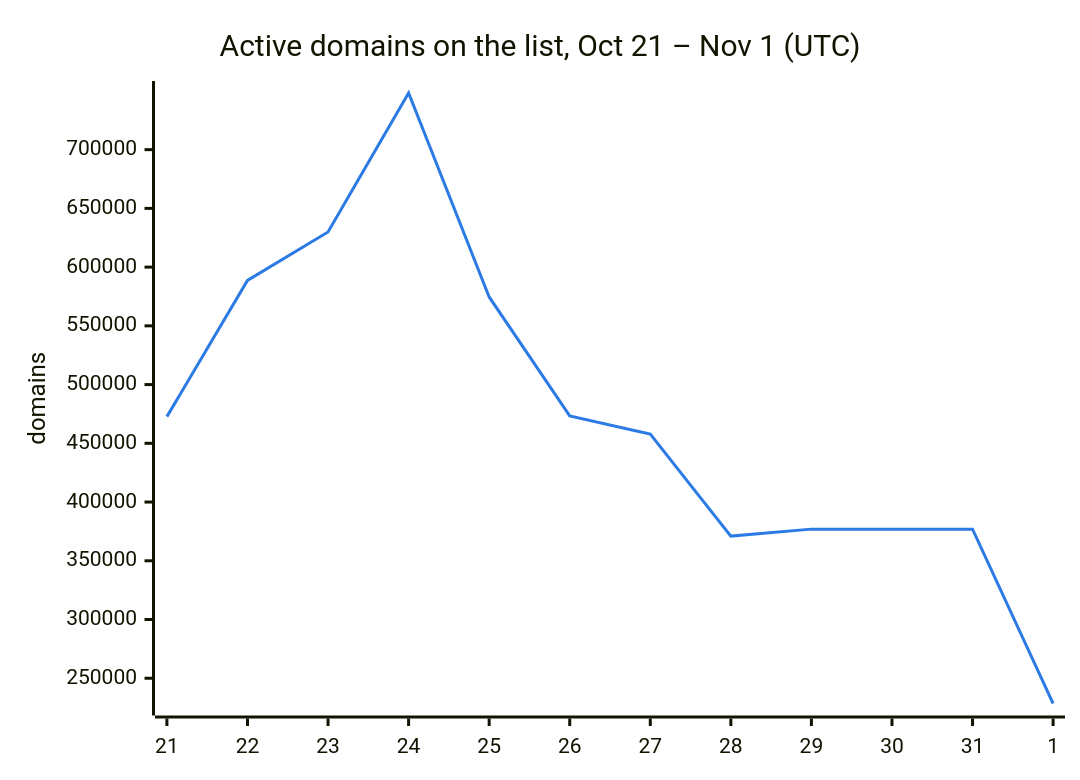
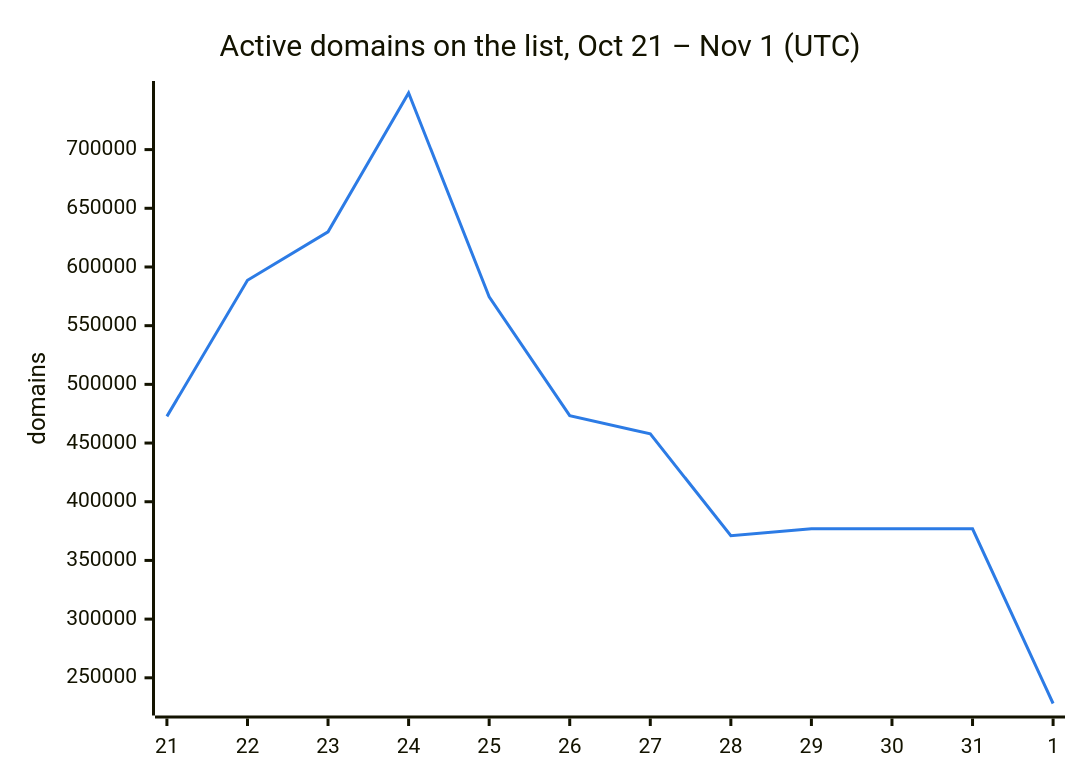
Before and after one commit to DNSBunker/CTI: the second of 3 diagrams in README.md, drawn with Mermaid. The commit also changed other lines of this file and 3 other files, not shown here.

````diff
--- a/README.md
+++ b/README.md
@@ -38,8 +38,8 @@
 ```mermaid
 %%{init: {"themeVariables": {"xyChart": {"plotColorPalette": "#2c7be5"}}}}%%
 xychart-beta
     title "Active domains on the list, Oct 21 – Nov 1 (UTC)"
     x-axis ["21", "22", "23", "24", "25", "26", "27", "28", "29", "30", "31", "1"]
     y-axis "domains"
-    line [472713, 588659, 629951, 748222, 574614, 473331, 457795, 371010, 376945, 376945, 376945, 228502]
+    line [472713, 588659, 629951, 748222, 574614, 473331, 457795, 371010, 376945, 376945, 376945, 228109]
 ```
````
